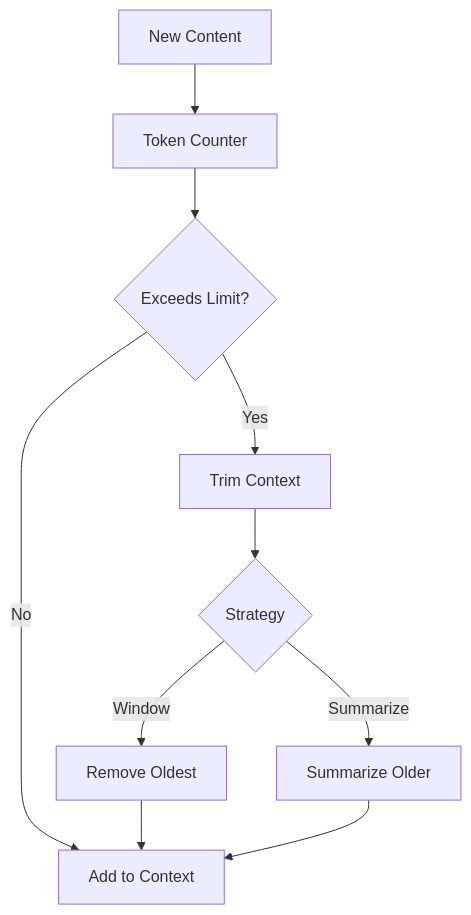
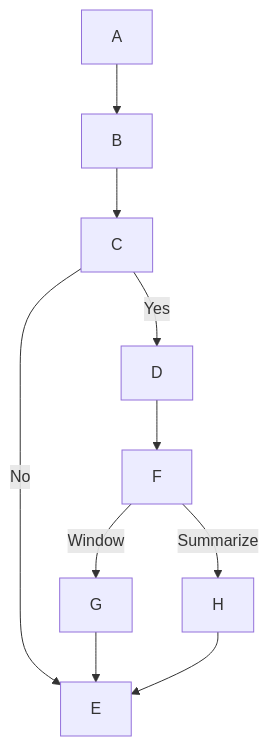
One commit to BlueCentre/cli-code changed the eighth of 8 diagrams in docs/architecture.md. Above: the diagram before and after it, drawn with Mermaid. The commit also changed other lines of this file, not shown here.

Commit message:
docs: Use GitHub's recommended syntax for Mermaid diagrams

````diff
--- a/docs/architecture.md
+++ b/docs/architecture.md
@@ -309,21 +303,12 @@
 ```mermaid
-flowchart TD
+graph TD
     A-->B
     B-->C
     C-->|Yes|D
     C-->|No|E
     D-->F
     F-->|Window|G
     F-->|Summarize|H
     G-->E
     H-->E
-    
-    A[New Content]
-    B[Token Counter]
-    C{Exceeds Limit?}
-    D[Trim Context]
-    E[Add to Context]
-    F{Strategy}
-    G[Remove Oldest]
-    H[Summarize Older]
 ```
````
